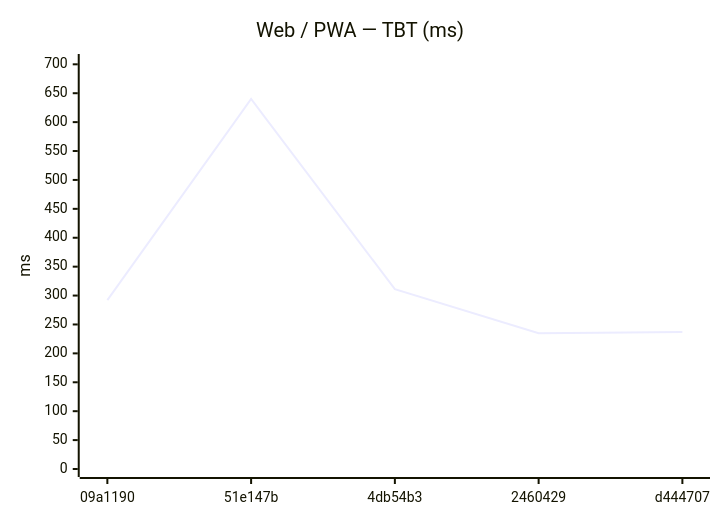
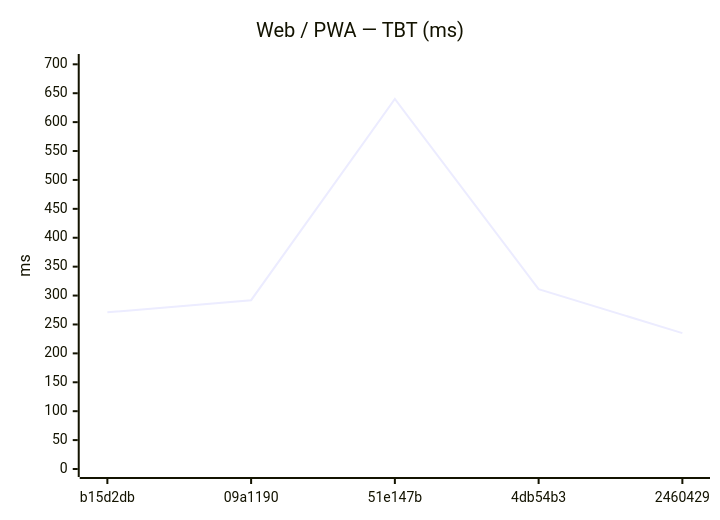
One commit to Metaheurist/Rianell changed the eighth of 18 diagrams in benchmarks/compare.md. Above: the diagram before and after it, drawn with Mermaid. The commit also changed other lines of this file and 11 other files, not shown here.

````diff
--- a/benchmarks/compare.md
+++ b/benchmarks/compare.md
@@ -124,7 +124,7 @@
 ```mermaid
 xychart-beta
     title "Web / PWA — TBT (ms)"
-    x-axis ["09a1190", "51e147b", "4db54b3", "2460429", "d444707"]
+    x-axis ["b15d2db", "09a1190", "51e147b", "4db54b3", "2460429"]
     y-axis "ms" 0 --> 704
-    line [292, 640, 311, 235, 237]
+    line [271, 292, 640, 311, 235]
 ```
````
